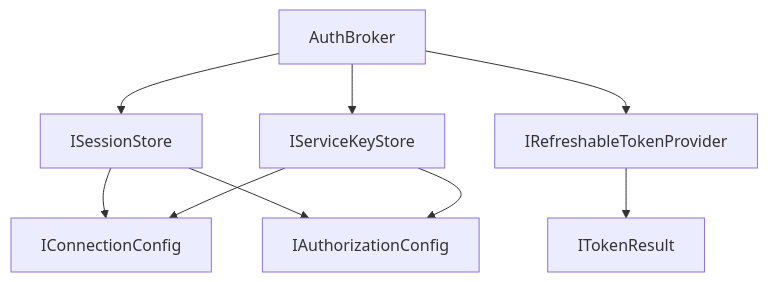
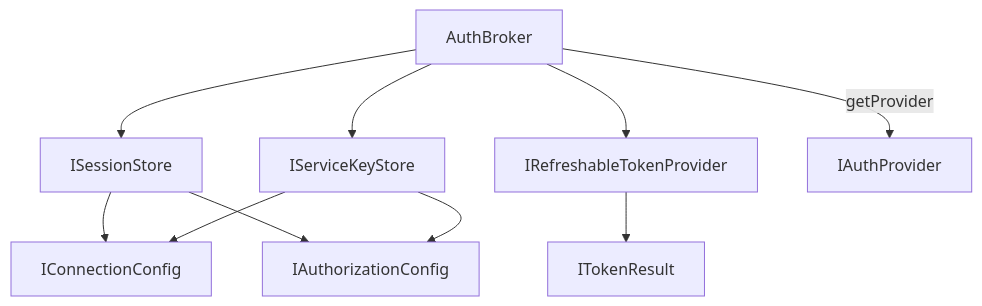
One commit to fr0ster/mcp-abap-adt-auth-broker changed the diagram in docs/architecture/EXPORTS.md. Above: the diagram before and after it, drawn with Mermaid. The commit also changed other lines of this file and 7 other files, not shown here.

First line of the commit message:
docs: getProvider, DestinationConfigError, the composed getters

````diff
--- a/docs/architecture/EXPORTS.md
+++ b/docs/architecture/EXPORTS.md
@@ -92,11 +122,12 @@
 ```mermaid
 flowchart TD
   AB[AuthBroker] --> SS[ISessionStore]
   AB --> SK[IServiceKeyStore]
   AB --> TP[IRefreshableTokenProvider]
+  AB -->|getProvider| AP[IAuthProvider]
   SS --> IConn[IConnectionConfig]
   SS --> IAuth[IAuthorizationConfig]
   SK --> IConn
   SK --> IAuth
   TP --> IToken[ITokenResult]
 ```
````
